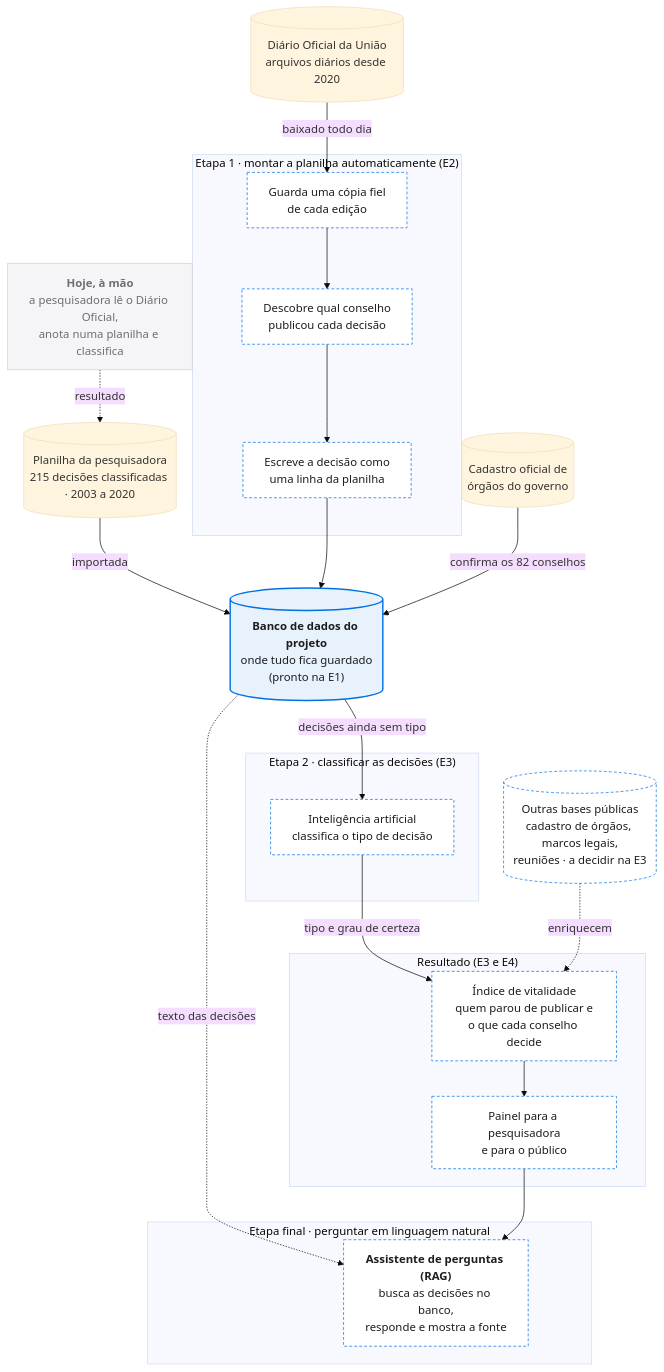
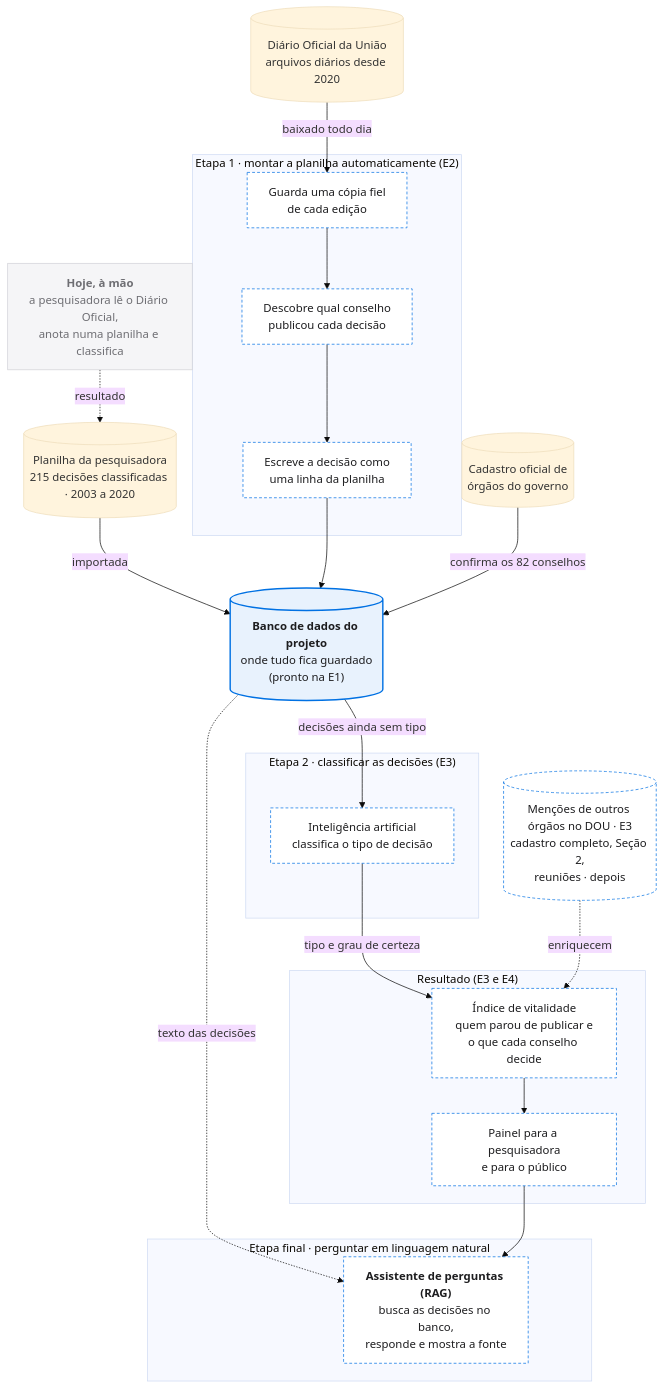
Before and after one commit to Luidooo/conselhos-vivos: the diagram in site/jornada-do-dado.md, drawn with Mermaid (base theme). The commit also changed other lines of this file and 1 other file, not shown here.

````diff
--- a/site/jornada-do-dado.md
+++ b/site/jornada-do-dado.md
@@ -52,43 +52,43 @@
 ```mermaid
 flowchart TB
   manual["<b>Hoje, à mão</b><br/>a pesquisadora lê o Diário Oficial,<br/>anota numa planilha e classifica"]
   manual -. "resultado" .-> xlsx[("Planilha da pesquisadora<br/>215 decisões classificadas · 2003 a 2020")]
   xlsx -- "importada" --> oltp
 
   dou[("Diário Oficial da União<br/>arquivos diários desde 2020")] -- "baixado todo dia" --> bronze
 
   subgraph etapa1["Etapa 1 · montar a planilha automaticamente (E2)"]
     bronze["Guarda uma cópia fiel<br/>de cada edição"] --> conselho["Descobre qual conselho<br/>publicou cada decisão"]
     conselho --> linha["Escreve a decisão como<br/>uma linha da planilha"]
   end
 
   linha --> oltp[("<b>Banco de dados do projeto</b><br/>onde tudo fica guardado<br/>(pronto na E1)")]
   siorg[("Cadastro oficial de<br/>órgãos do governo")] -- "confirma os 82 conselhos" --> oltp
 
   subgraph etapa2["Etapa 2 · classificar as decisões (E3)"]
     ia["Inteligência artificial<br/>classifica o tipo de decisão"]
   end
 
   oltp -- "decisões ainda sem tipo" --> ia
   ia -- "tipo e grau de certeza" --> ind
 
   subgraph consumo["Resultado (E3 e E4)"]
     ind["Índice de vitalidade<br/>quem parou de publicar e<br/>o que cada conselho decide"] --> pub["Painel para a pesquisadora<br/>e para o público"]
   end
 
-  extra[("Outras bases públicas<br/>cadastro de órgãos, marcos legais,<br/>reuniões · a decidir na E3")] -. "enriquecem" .-> ind
+  extra[("Menções de outros órgãos no DOU · E3<br/>cadastro completo, Seção 2,<br/>reuniões · depois")] -. "enriquecem" .-> ind
 
   subgraph final["Etapa final · perguntar em linguagem natural"]
     rag["<b>Assistente de perguntas (RAG)</b><br/>busca as decisões no banco,<br/>responde e mostra a fonte"]
   end
 
   oltp -. "texto das decisões" .-> rag
   pub --> rag
 
   classDef manual fill:#f5f5f7,stroke:#d2d2d7,color:#6e6e73
   classDef feito fill:#e8f2fd,stroke:#0071e3,stroke-width:2px,color:#1d1d1f
   classDef proximo fill:#ffffff,stroke:#0071e3,stroke-dasharray:4 3,color:#1d1d1f
   class manual manual
   class oltp feito
   class bronze,conselho,linha,ia,ind,pub,rag,extra proximo
 ```
````
